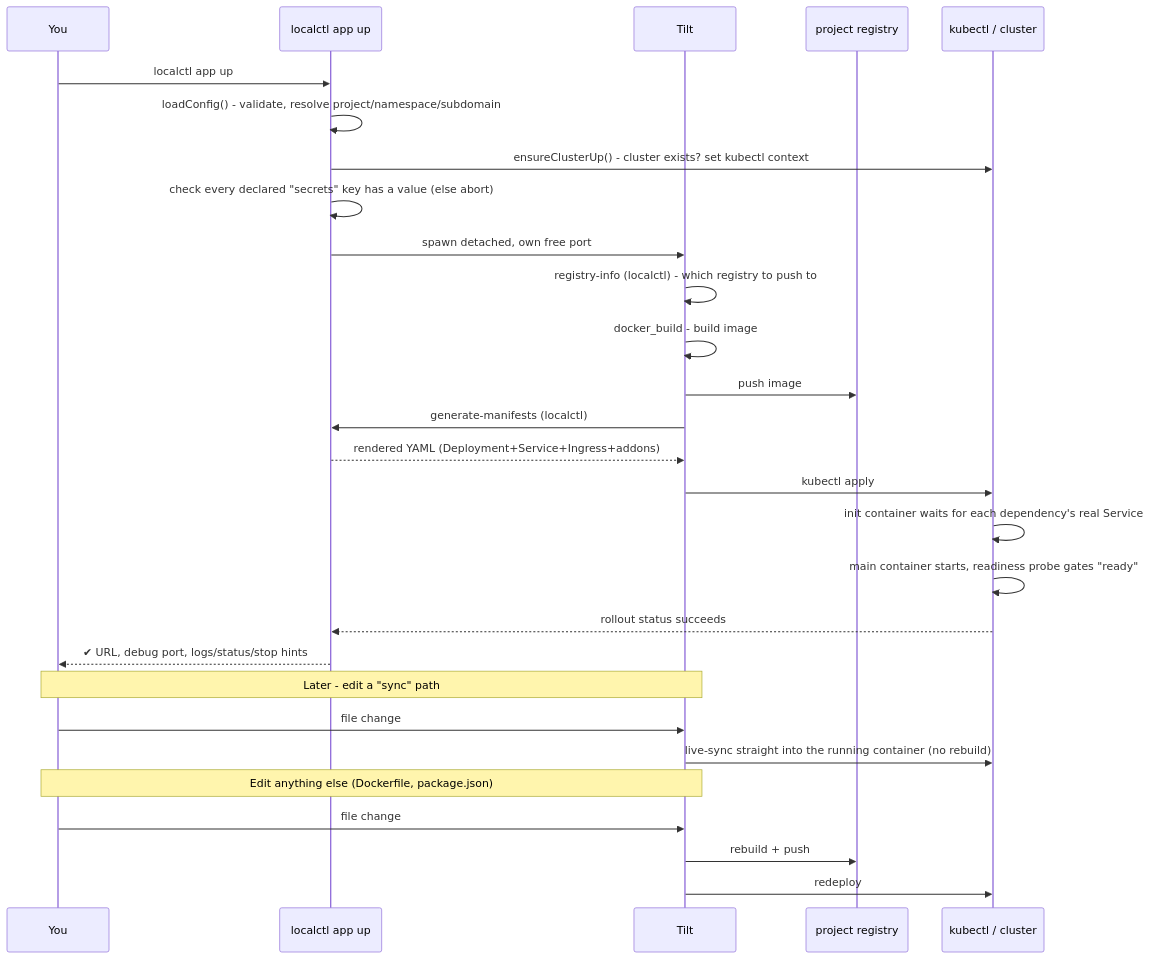
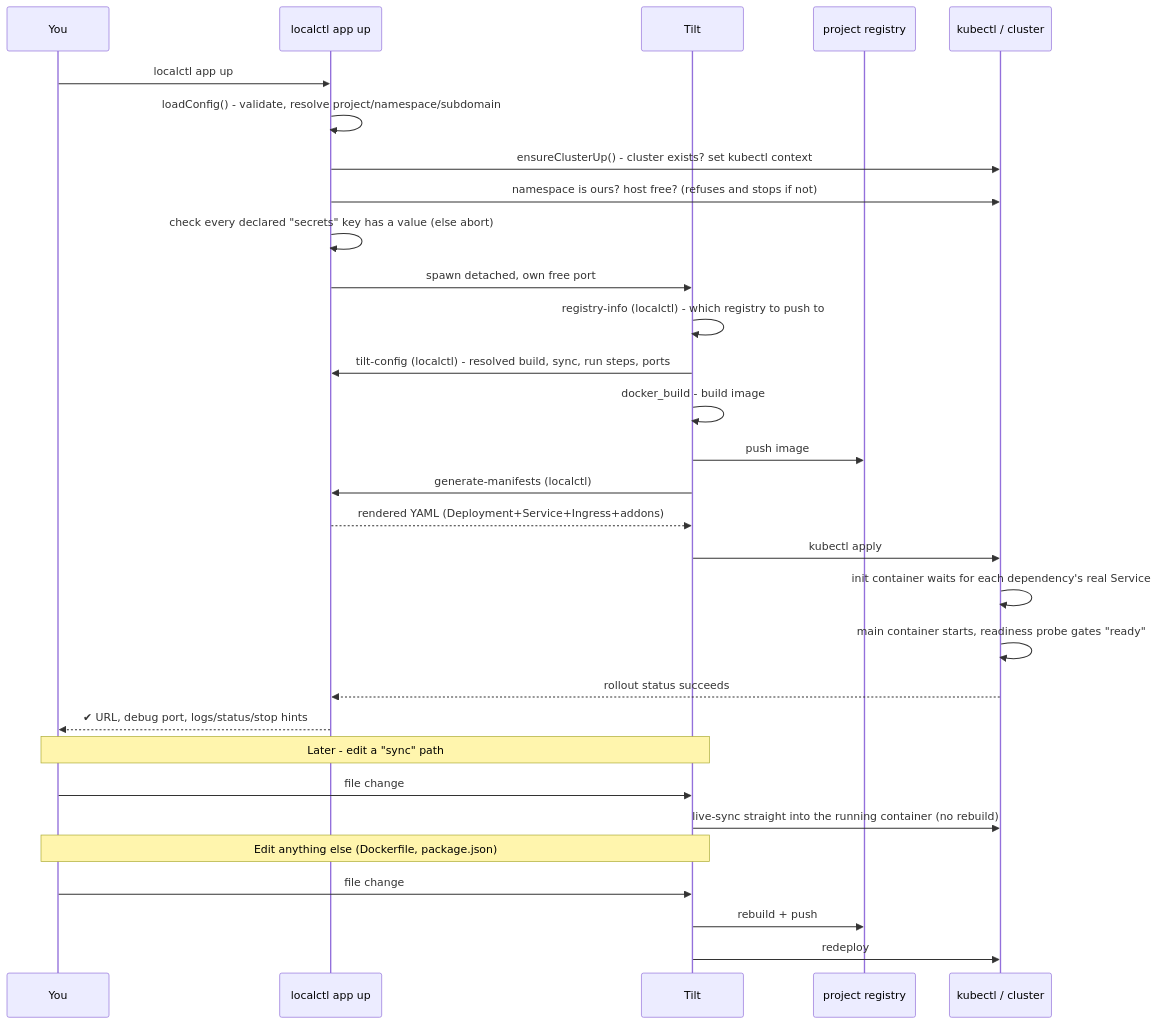
One commit to psilvmoreira/localctl changed the second of 4 diagrams in docs/architecture.md. Above: the diagram before and after it, drawn with Mermaid. The commit also changed other lines of this file and 4 other files, not shown here.

Commit message:
docs: document the new safety checks, troubleshooting, tests and config flow (#31)

````diff
--- a/docs/architecture.md
+++ b/docs/architecture.md
@@ -101,32 +101,34 @@
 ```mermaid
 sequenceDiagram
     participant You
     participant CLI as localctl app up
     participant Tilt
     participant Reg as project registry
     participant K8s as kubectl / cluster
 
     You->>CLI: localctl app up
     CLI->>CLI: loadConfig() - validate, resolve project/namespace/subdomain
     CLI->>K8s: ensureClusterUp() - cluster exists? set kubectl context
+    CLI->>K8s: namespace is ours? host free? (refuses and stops if not)
     CLI->>CLI: check every declared "secrets" key has a value (else abort)
     CLI->>Tilt: spawn detached, own free port
     Tilt->>Tilt: registry-info (localctl) - which registry to push to
+    Tilt->>CLI: tilt-config (localctl) - resolved build, sync, run steps, ports
     Tilt->>Tilt: docker_build - build image
     Tilt->>Reg: push image
     Tilt->>CLI: generate-manifests (localctl)
     CLI-->>Tilt: rendered YAML (Deployment+Service+Ingress+addons)
     Tilt->>K8s: kubectl apply
     K8s->>K8s: init container waits for each dependency's real Service
     K8s->>K8s: main container starts, readiness probe gates "ready"
     K8s-->>CLI: rollout status succeeds
     CLI-->>You: ✔ URL, debug port, logs/status/stop hints
 
     Note over You,Tilt: Later - edit a "sync" path
     You->>Tilt: file change
     Tilt->>K8s: live-sync straight into the running container (no rebuild)
     Note over You,Tilt: Edit anything else (Dockerfile, package.json)
     You->>Tilt: file change
     Tilt->>Reg: rebuild + push
     Tilt->>K8s: redeploy
 ```
````
